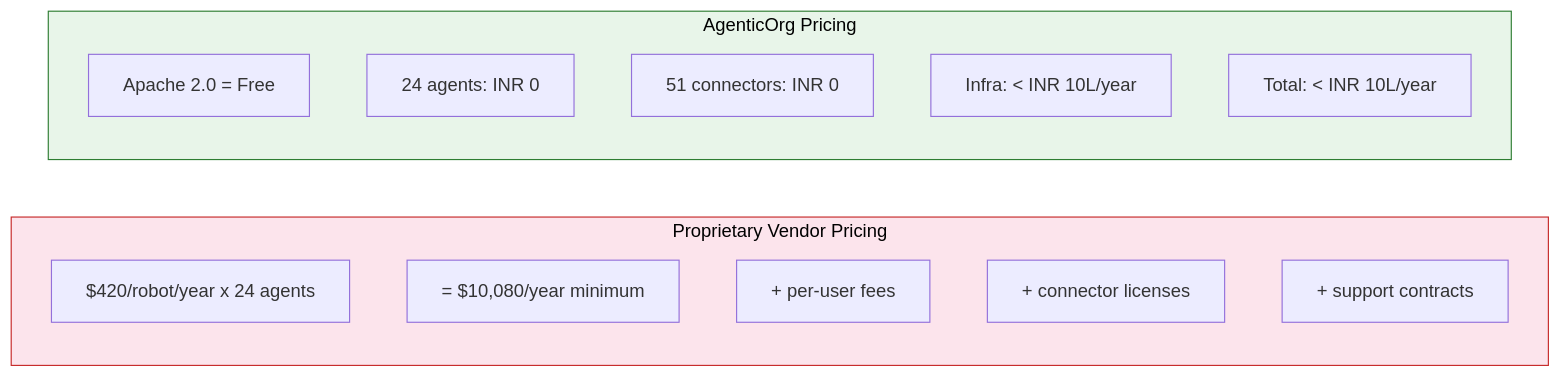
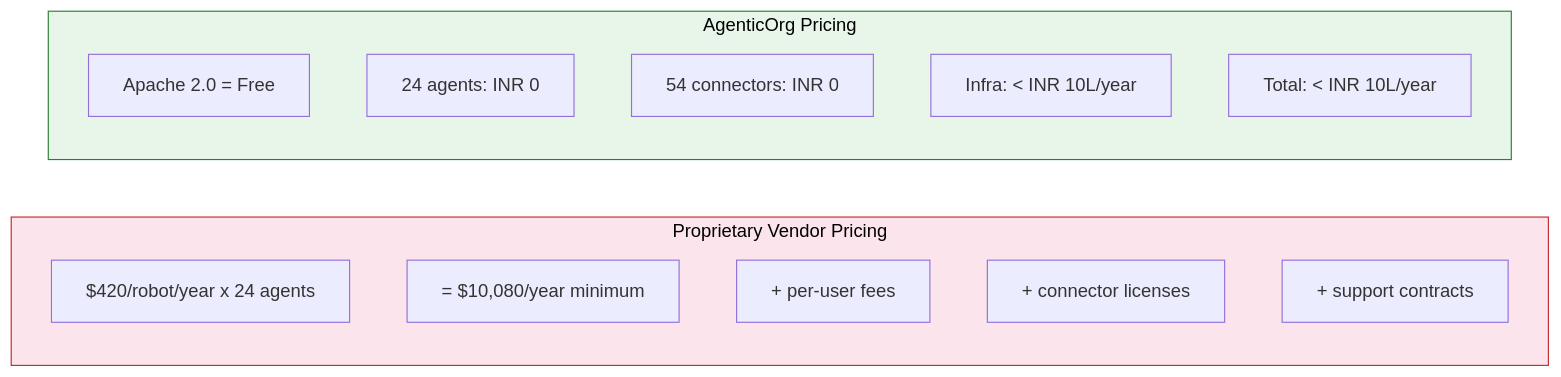
Before and after one commit to mishrasanjeev/agentic-org: the fifth of 7 diagrams in docs/why-agenticorg.md, drawn with Mermaid. The commit also changed 41 other files, not shown here.

````diff
--- a/docs/why-agenticorg.md
+++ b/docs/why-agenticorg.md
@@ -236,21 +236,21 @@
 ```mermaid
 graph LR
     subgraph Proprietary["Proprietary Vendor Pricing"]
         P1["$420/robot/year x 24 agents"]
         P2["= $10,080/year minimum"]
         P3["+ per-user fees"]
         P4["+ connector licenses"]
         P5["+ support contracts"]
     end
 
     subgraph OpenSource["AgenticOrg Pricing"]
         O1["Apache 2.0 = Free"]
         O2["24 agents: INR 0"]
-        O3["51 connectors: INR 0"]
+        O3["54 connectors: INR 0"]
         O4["Infra: < INR 10L/year"]
         O5["Total: < INR 10L/year"]
     end
 
     style Proprietary fill:#fce4ec,stroke:#c62828,color:#000
     style OpenSource fill:#e8f5e9,stroke:#2e7d32,color:#000
 ```
````
